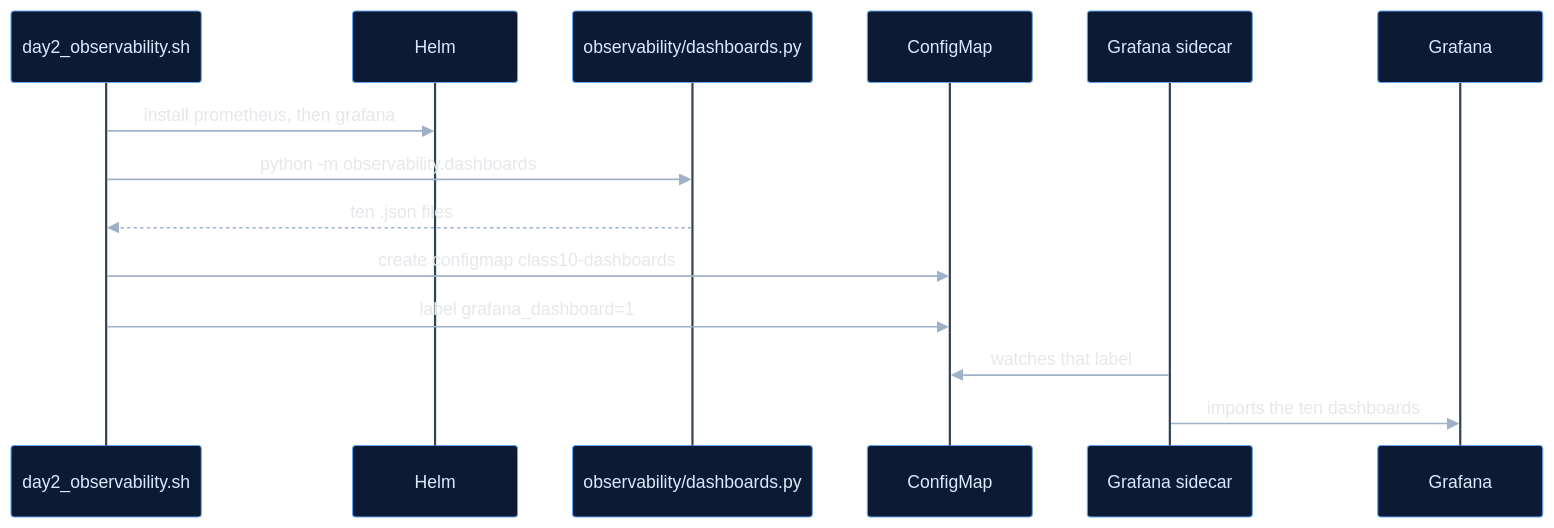
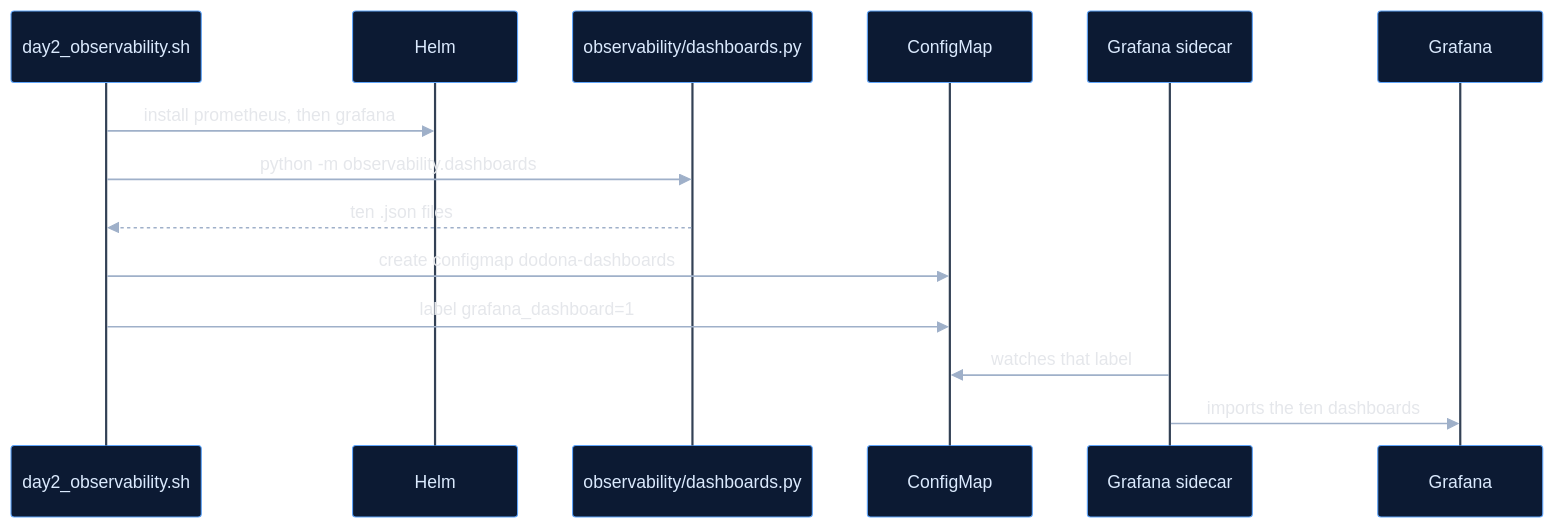
Before and after one commit to harshuljain13/Dodona: the fourth of 5 diagrams in docs/cluster/infrastructure.md, drawn with Mermaid. The commit also changed other lines of this file and 51 other files, not shown here.

````diff
--- a/docs/cluster/infrastructure.md
+++ b/docs/cluster/infrastructure.md
@@ -139,27 +139,27 @@
 ```mermaid
 %%{init: {'theme':'base','themeVariables':{
   'darkMode':true,'background':'#0B0B0B',
   'fontFamily':'Helvetica, Arial, sans-serif','fontSize':'13.5px',
   'actorBkg':'#0C1A33','actorBorder':'#60A5FA','actorTextColor':'#DBEAFE','actorLineColor':'#334155',
   'signalColor':'#9FB0C9','signalTextColor':'#E5E7EB',
   'noteBkgColor':'#2B2008','noteBorderColor':'#FBBF24','noteTextColor':'#FDE68A',
   'activationBkgColor':'#06220F','activationBorderColor':'#4ADE80',
   'labelBoxBkgColor':'#04302B','labelBoxBorderColor':'#22D3EE','labelTextColor':'#A5F3FC',
   'sequenceNumberColor':'#0B0B0B','loopTextColor':'#E5E7EB','textColor':'#E5E7EB'
 }}}%%
 sequenceDiagram
     participant D as day2_observability.sh
     participant H as Helm
     participant PY as observability/dashboards.py
     participant CM as ConfigMap
     participant SC as Grafana sidecar
     participant G as Grafana
 
     D->>H: install prometheus, then grafana
     D->>PY: python -m observability.dashboards
     PY-->>D: ten .json files
-    D->>CM: create configmap class10-dashboards
+    D->>CM: create configmap dodona-dashboards
     D->>CM: label grafana_dashboard=1
     SC->>CM: watches that label
     SC->>G: imports the ten dashboards
 ```
````
